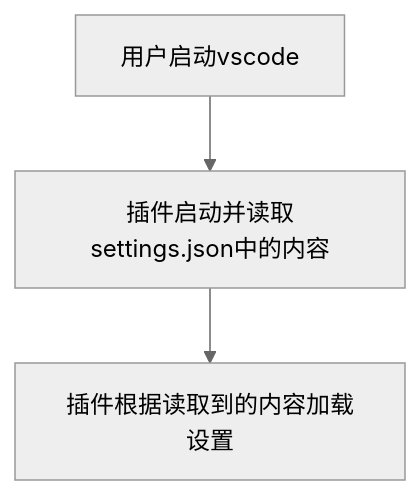
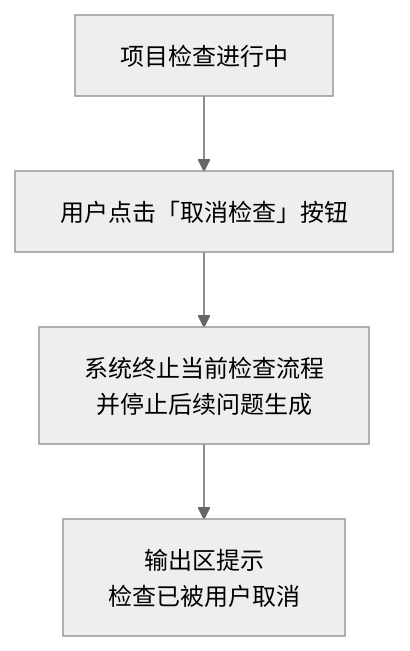
One commit to Aldebaran638/Doc-Doctor changed the sixth of 9 diagrams in RequirementDocument/需求文档.md. Above: the diagram before and after it, drawn with Mermaid (neutral theme). The commit also changed other lines of this file, not shown here.

````diff
--- a/RequirementDocument/需求文档.md
+++ b/RequirementDocument/需求文档.md
@@ -223,5 +328,8 @@
 ```mermaid
 flowchart TD
-    A[用户启动vscode] --> B[插件启动并读取settings.json中的内容]
-    B --> C[插件根据读取到的内容加载设置]
+    A[项目检查进行中] --> B[用户点击「取消检查」按钮]
+    B --> C[系统终止当前检查流程
+并停止后续问题生成]
+    C --> D[输出区提示
+检查已被用户取消]
 ```
````
